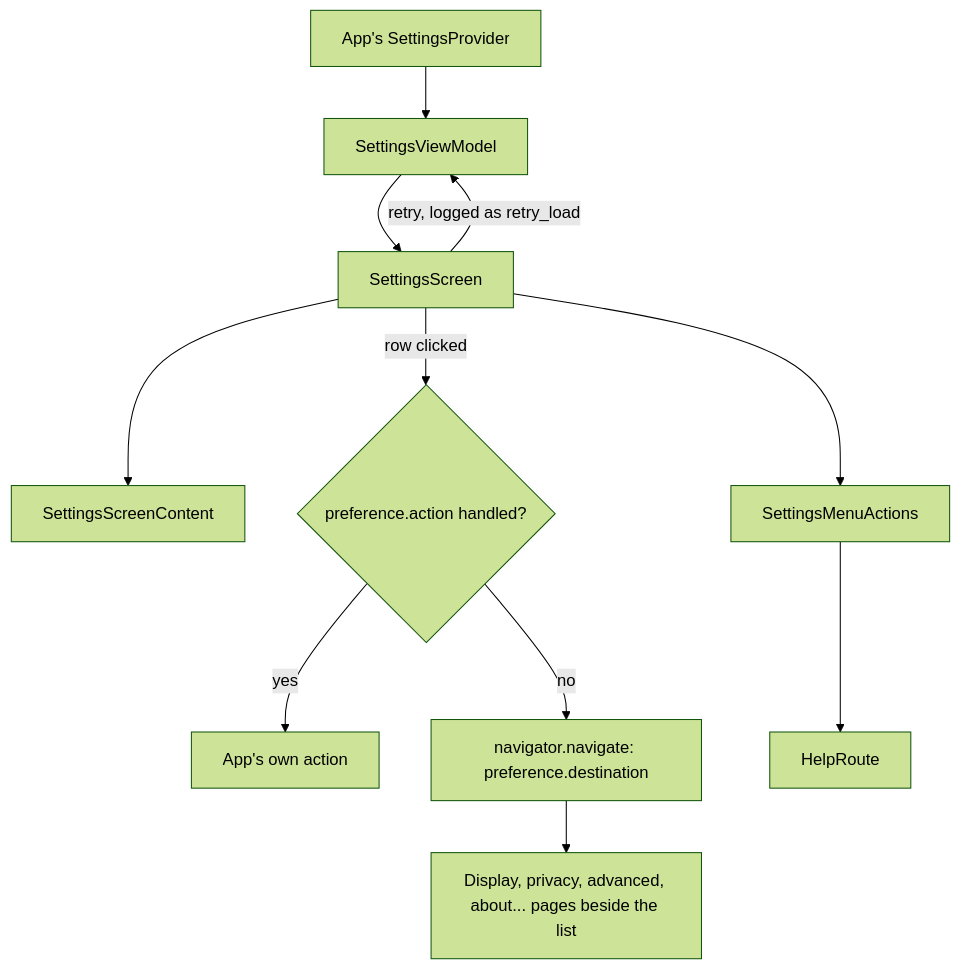
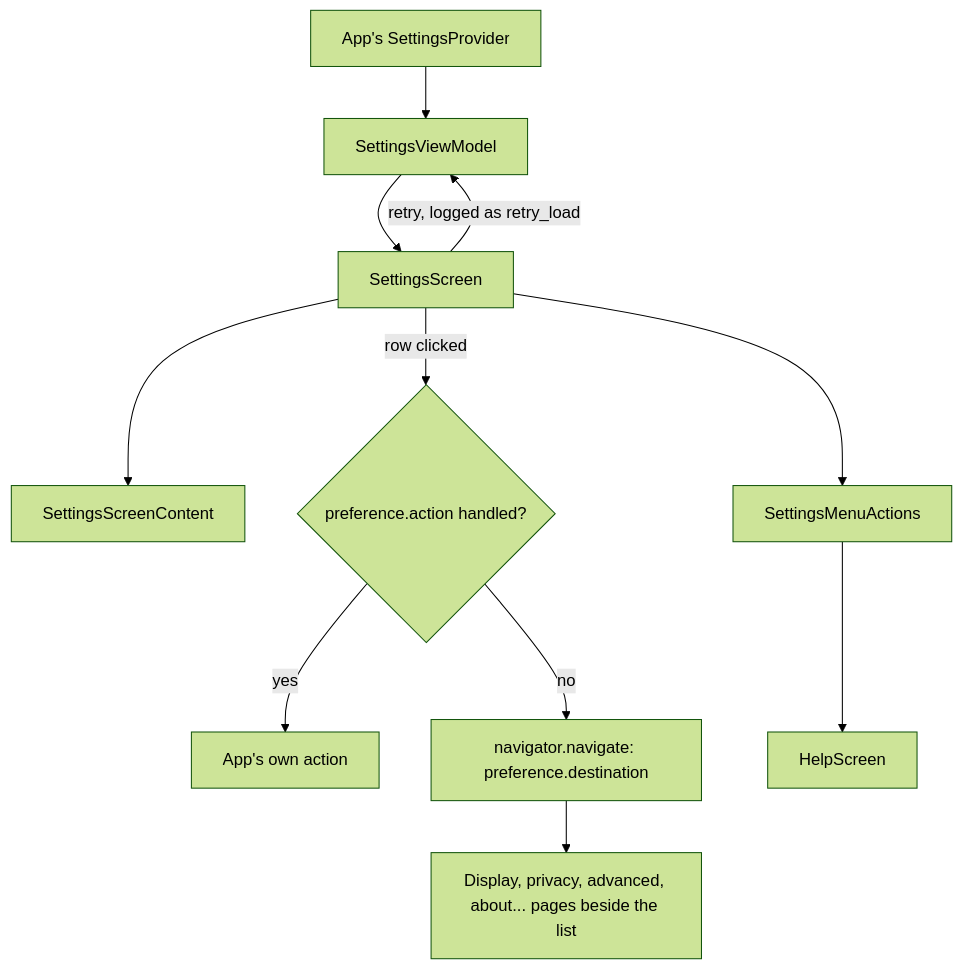
Before and after one commit to MihaiCristianCondrea/App-Toolkit-for-Android: the diagram in library/feature/settings/README.md, drawn with Mermaid (forest theme). The commit also changed other lines of this file and 33 other files, not shown here.

````diff
--- a/library/feature/settings/README.md
+++ b/library/feature/settings/README.md
@@ -50,12 +50,12 @@
 ```mermaid
 flowchart TD
     Host[App's SettingsProvider] --> VM[SettingsViewModel]
     VM --> Screen[SettingsScreen]
     Screen --> Content[SettingsScreenContent]
     Screen -->|retry, logged as retry_load| VM
     Screen -->|row clicked| Action{preference.action handled?}
     Action -->|yes| Done[App's own action]
     Action -->|no| Navigate[navigator.navigate: preference.destination]
     Navigate --> Pages[Display, privacy, advanced, about... pages beside the list]
-    Screen --> Menu[SettingsMenuActions] --> Help[HelpRoute]
+    Screen --> Menu[SettingsMenuActions] --> Help[HelpScreen]
 ```
````
